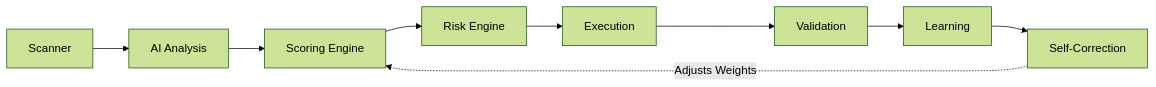
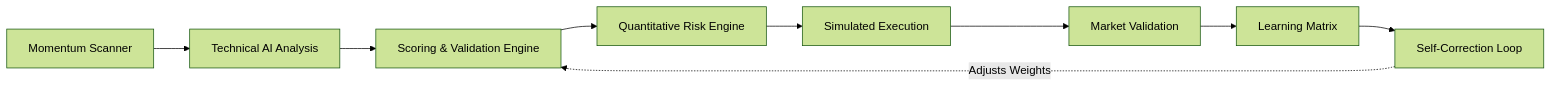
Before and after one commit to ChaitanyaKumar-Botta/vyulax-public: the diagram in README.md, drawn with Mermaid (forest theme). The commit also changed other lines of this file, not shown here.

````diff
--- a/README.md
+++ b/README.md
@@ -34,11 +45,11 @@
 ```mermaid
 graph LR
-    A[Scanner] --> B[AI Analysis]
-    B --> C[Scoring Engine]
-    C --> D[Risk Engine]
-    D --> E[Execution]
-    E --> F[Validation]
-    F --> G[Learning]
-    G --> H[Self-Correction]
+    A[Momentum Scanner] --> B[Technical AI Analysis]
+    B --> C[Scoring & Validation Engine]
+    C --> D[Quantitative Risk Engine]
+    D --> E[Simulated Execution]
+    E --> F[Market Validation]
+    F --> G[Learning Matrix]
+    G --> H[Self-Correction Loop]
     H -.->|Adjusts Weights| C
 ```
````
